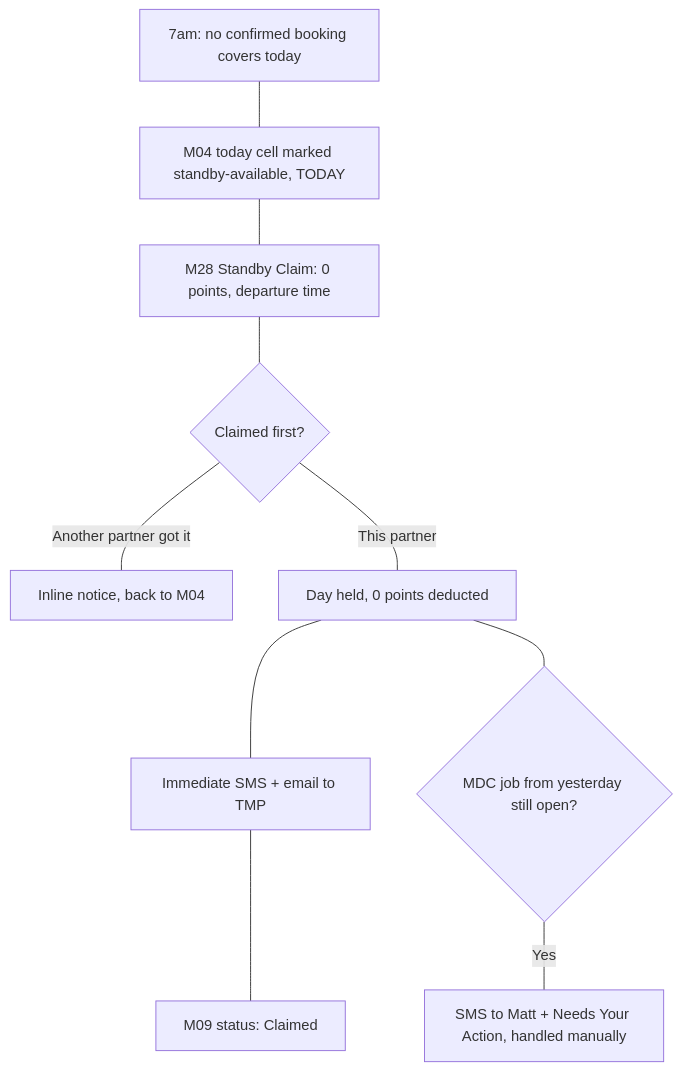
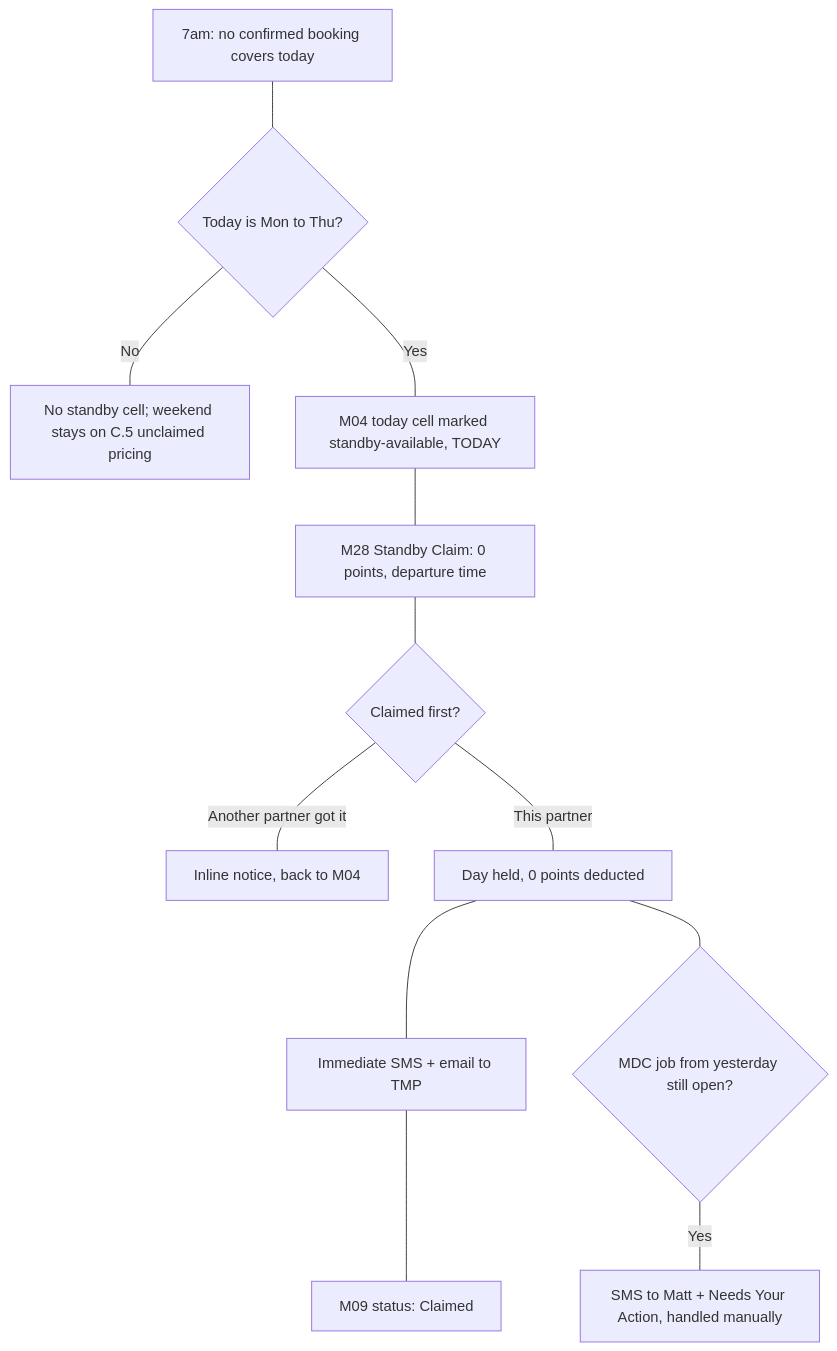
Before and after one commit to huongnguyen311/Offshore-Collective: the sixth of 6 diagrams in design/05-user-flows.md, drawn with Mermaid. The commit also changed other lines of this file and 12 other files, not shown here.

First line of the commit message:
Apply Matt's sheet comments: boat-ready third state, C.5 same-day rule, Mon-Thu standby, M07 profile

````diff
--- a/design/05-user-flows.md
+++ b/design/05-user-flows.md
@@ -344,13 +351,15 @@
 ```mermaid
 flowchart TD
     A[7am: no confirmed booking covers today]
-    A --- B[M04 today cell marked standby-available, TODAY]
+    A --- A1{Today is Mon to Thu?}
+    A1 -- No --- A2[No standby cell; weekend stays on C.5 unclaimed pricing]
+    A1 -- Yes --- B[M04 today cell marked standby-available, TODAY]
     B --- C[M28 Standby Claim: 0 points, departure time]
     C --- D{Claimed first?}
     D -- Another partner got it --- E[Inline notice, back to M04]
     D -- This partner --- F[Day held, 0 points deducted]
     F --- G[Immediate SMS + email to TMP]
     G --- H[M09 status: Claimed]
     F --- I{MDC job from yesterday still open?}
     I -- Yes --- J[SMS to Matt + Needs Your Action, handled manually]
 ```
````
